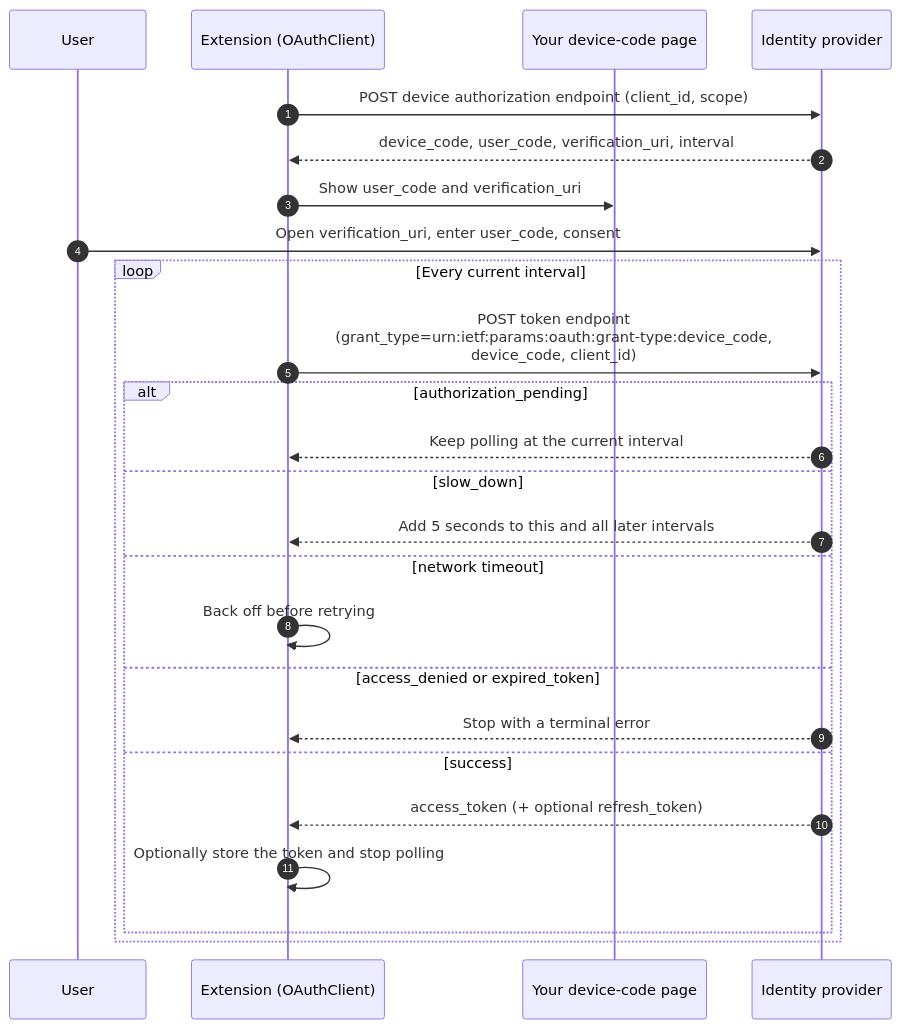
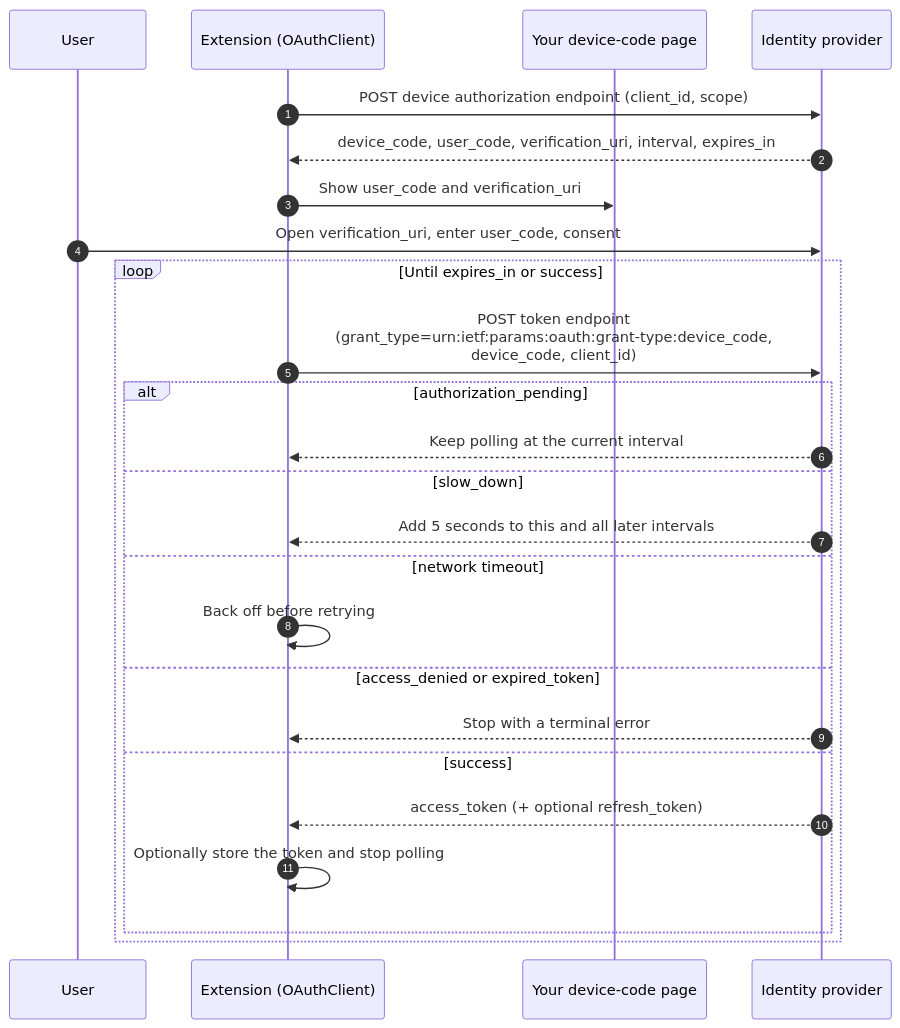
One commit to MuyuanMS/PowerToys changed the second of 2 diagrams in src/modules/cmdpal/doc/specs/auth/index.md. Above: the diagram before and after it, drawn with Mermaid. The commit also changed other lines of this file, not shown here.

````diff
--- a/src/modules/cmdpal/doc/specs/auth/index.md
+++ b/src/modules/cmdpal/doc/specs/auth/index.md
@@ -164,28 +165,28 @@
 ```mermaid
 sequenceDiagram
     autonumber
     participant User as User
     participant Ext as Extension (OAuthClient)
     participant Page as Your device-code page
     participant Idp as Identity provider
 
     Ext->>Idp: POST device authorization endpoint (client_id, scope)
-    Idp-->>Ext: device_code, user_code, verification_uri, interval
+    Idp-->>Ext: device_code, user_code, verification_uri, interval, expires_in
     Ext->>Page: Show user_code and verification_uri
     User->>Idp: Open verification_uri, enter user_code, consent
-    loop Every current interval
+    loop Until expires_in or success
         Ext->>Idp: POST token endpoint<br/>(grant_type=urn:ietf:params:oauth:grant-type:device_code,<br/>device_code, client_id)
         alt authorization_pending
             Idp-->>Ext: Keep polling at the current interval
         else slow_down
             Idp-->>Ext: Add 5 seconds to this and all later intervals
         else network timeout
             Ext->>Ext: Back off before retrying
         else access_denied or expired_token
             Idp-->>Ext: Stop with a terminal error
         else success
             Idp-->>Ext: access_token (+ optional refresh_token)
             Ext->>Ext: Optionally store the token and stop polling
         end
     end
 ```
````
